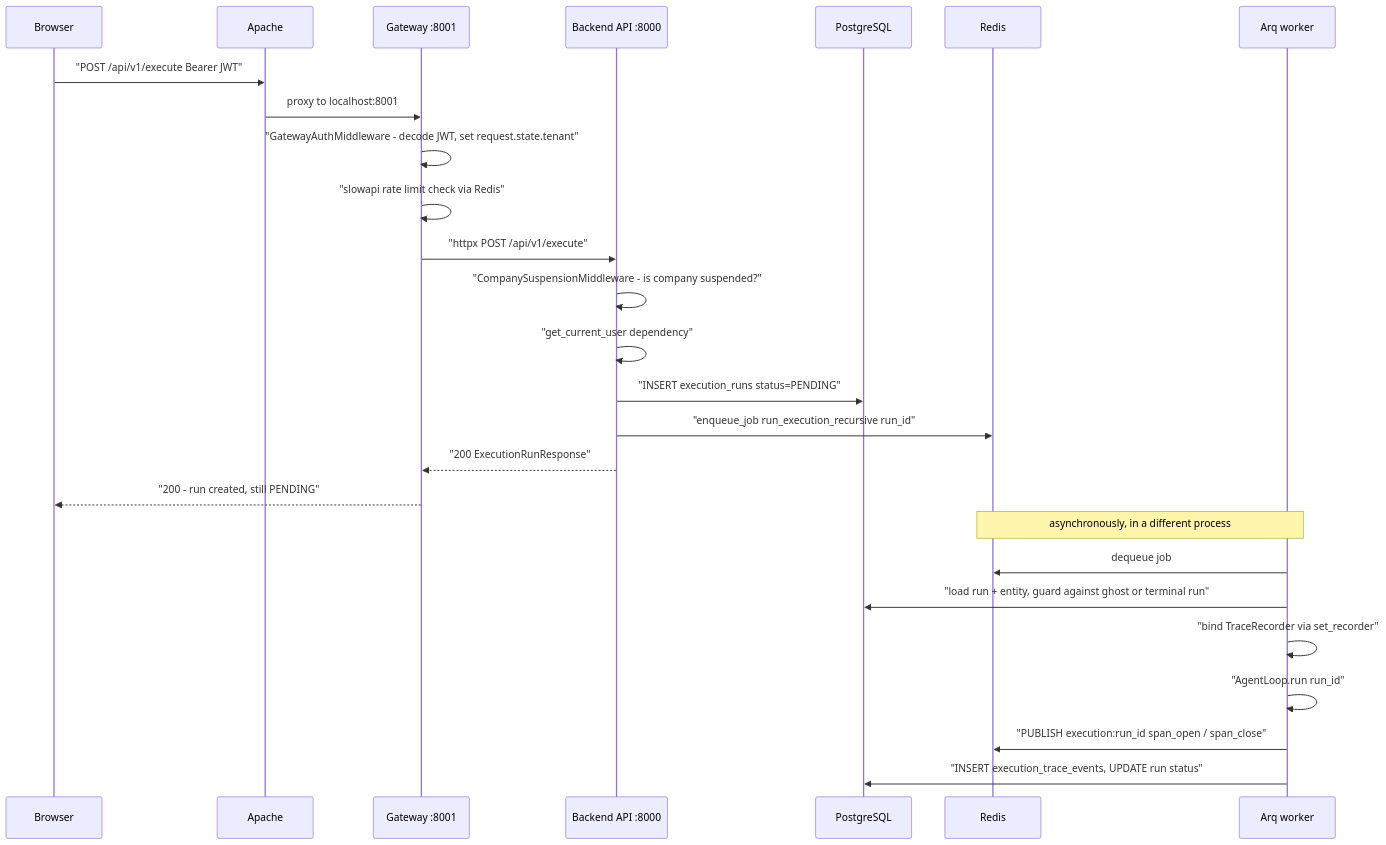
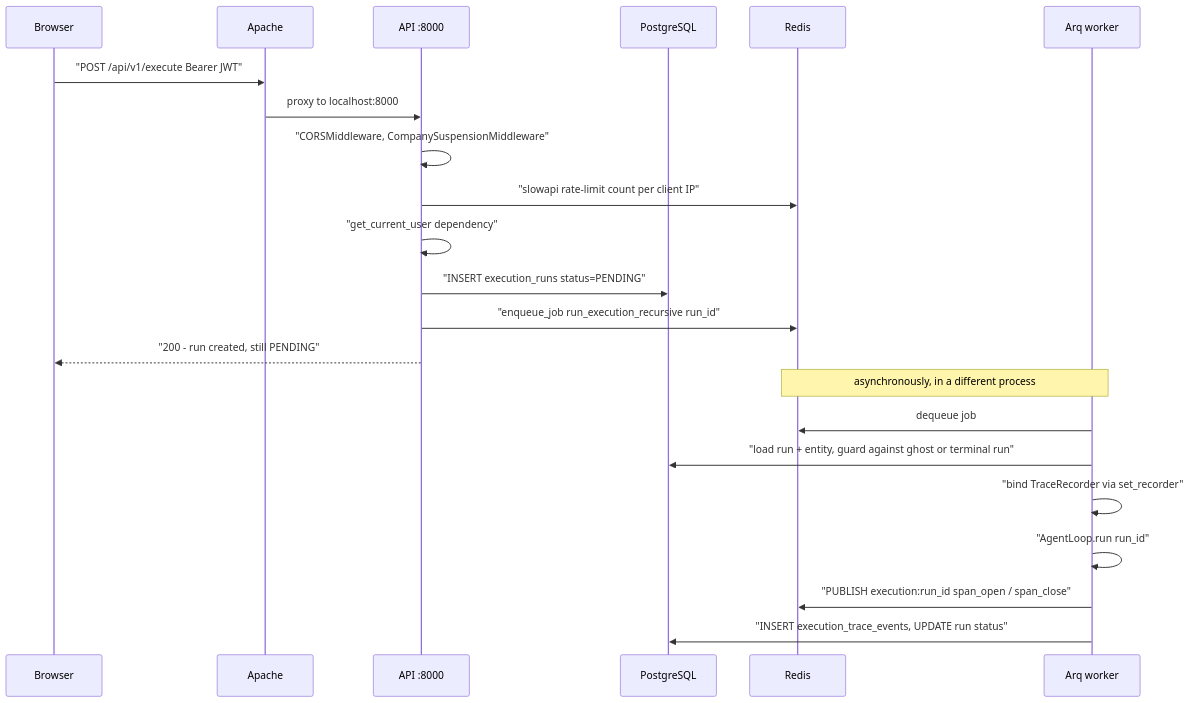
One commit to gondolerahul/hire-buddha-app changed the ninth of 19 diagrams in docs/current/02-system-architecture.md. Above: the diagram before and after it, drawn with Mermaid. The commit also changed other lines of this file and 61 other files, not shown here.

````diff
--- a/docs/current/02-system-architecture.md
+++ b/docs/current/02-system-architecture.md
@@ -695,30 +656,26 @@
 ```mermaid
 sequenceDiagram
     participant B as Browser
     participant A as Apache
-    participant G as Gateway :8001
-    participant API as Backend API :8000
+    participant API as API :8000
     participant PG as PostgreSQL
     participant R as Redis
     participant W as Arq worker
 
     B->>A: "POST /api/v1/execute  Bearer JWT"
-    A->>G: proxy to localhost:8001
-    G->>G: "GatewayAuthMiddleware - decode JWT, set request.state.tenant"
-    G->>G: "slowapi rate limit check via Redis"
-    G->>API: "httpx POST /api/v1/execute"
-    API->>API: "CompanySuspensionMiddleware - is company suspended?"
+    A->>API: proxy to localhost:8000
+    API->>API: "CORSMiddleware, CompanySuspensionMiddleware"
+    API->>R: "slowapi rate-limit count per client IP"
     API->>API: "get_current_user dependency"
     API->>PG: "INSERT execution_runs status=PENDING"
     API->>R: "enqueue_job run_execution_recursive run_id"
-    API-->>G: "200 ExecutionRunResponse"
-    G-->>B: "200 - run created, still PENDING"
+    API-->>B: "200 - run created, still PENDING"
 
     Note over W,R: asynchronously, in a different process
     W->>R: dequeue job
     W->>PG: "load run + entity, guard against ghost or terminal run"
     W->>W: "bind TraceRecorder via set_recorder"
     W->>W: "AgentLoop.run run_id"
     W->>R: "PUBLISH execution:run_id  span_open / span_close"
     W->>PG: "INSERT execution_trace_events, UPDATE run status"
 ```
````
